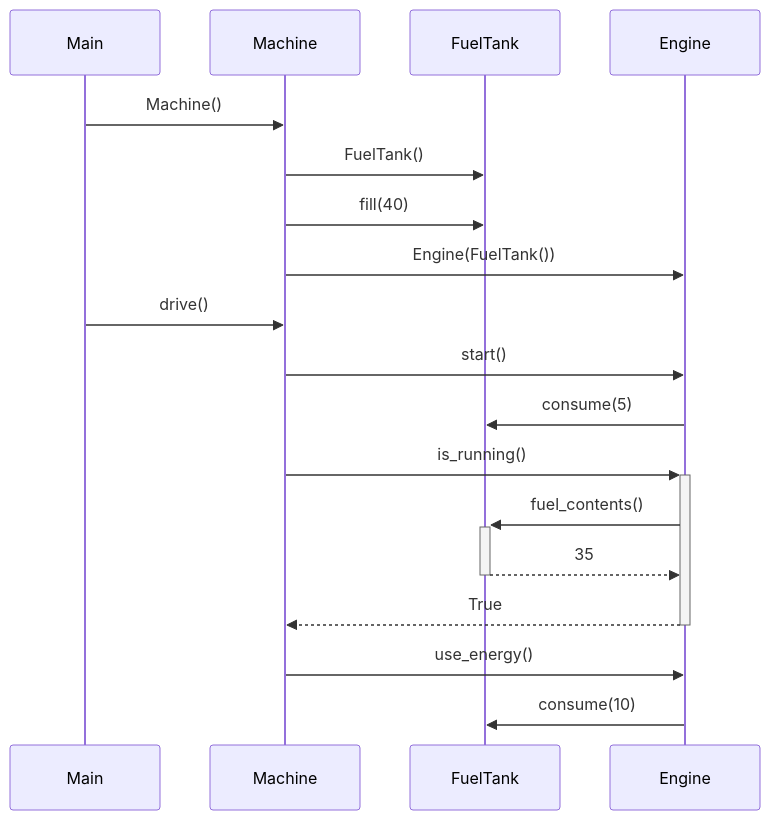
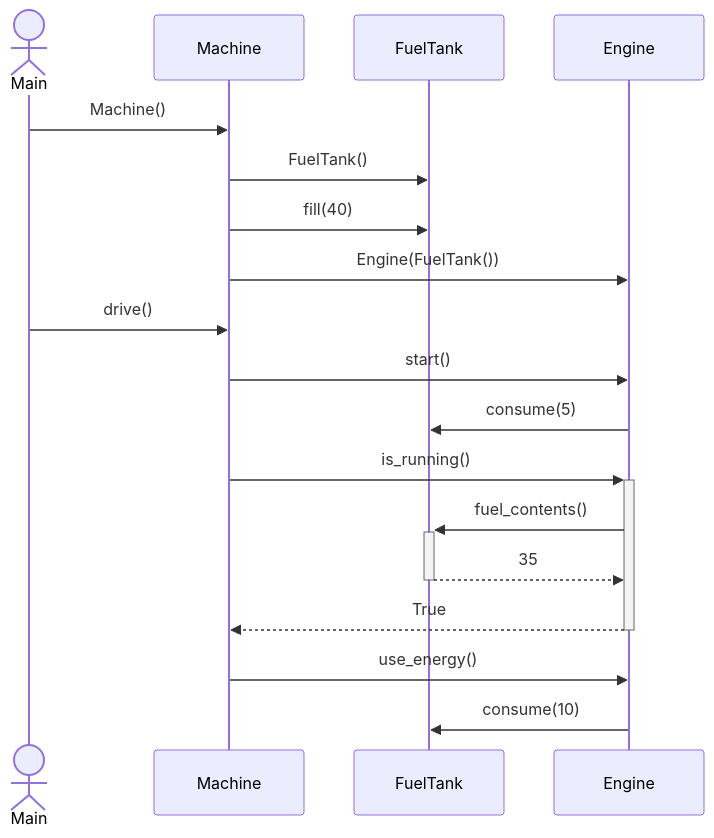
One commit to phuvio/ot-harjoitustyo changed the diagram in travel-expense-calculator-app/dokumentaatio/arkkitehtuuri.md. Above: the diagram before and after it, drawn with Mermaid.

````diff
--- a/travel-expense-calculator-app/dokumentaatio/arkkitehtuuri.md
+++ b/travel-expense-calculator-app/dokumentaatio/arkkitehtuuri.md
@@ -24,21 +24,21 @@
 ```mermaid
  sequenceDiagram
-   participant P as Main
+   Actor P as Main
    participant M as Machine
    participant F as FuelTank
    participant E as Engine
    P->>M: Machine()
    M->>F: FuelTank()
    M->>F: fill(40)
    M->>E: Engine(FuelTank())
    P->>M: drive()
    M->>E: start()
    E->>F: consume(5)
    M->>+E: is_running()
    E->>+F:fuel_contents()
    F-->>-E: 35
    E-->>-M: True
    M->>E: use_energy()
    E->>F: consume(10)
 
 ```
````
